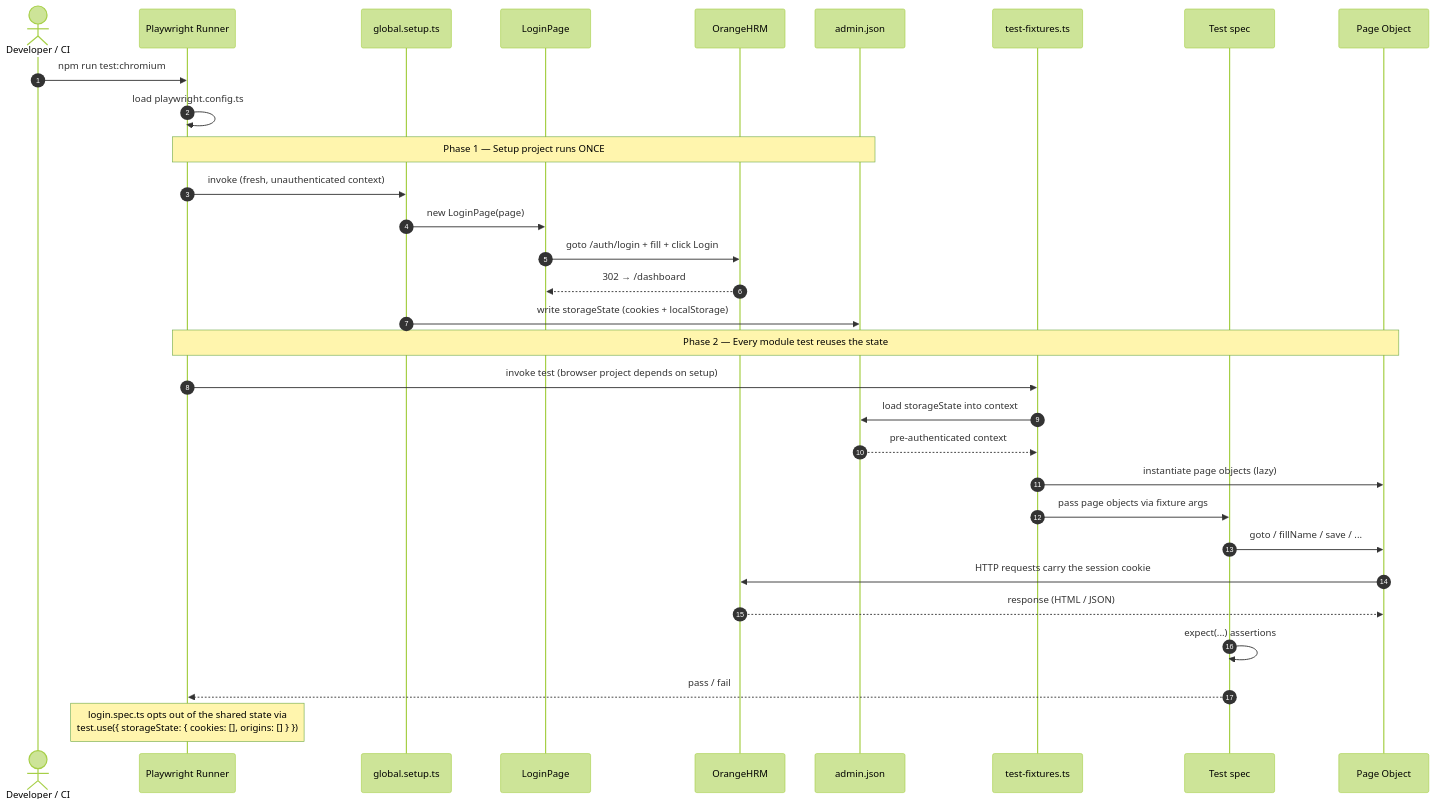
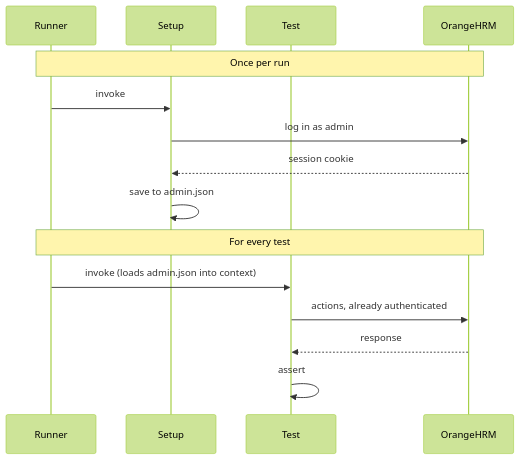
The second of 2 diagrams in README.md (alexfierascu/orangehrmlive), drawn with Mermaid (forest theme) before and after one commit. The commit also changed other lines of this file, not shown here.

Commit message:
update readme diagram

````diff
--- a/README.md
+++ b/README.md
@@ -146,37 +90,19 @@
 ```mermaid
 sequenceDiagram
-    autonumber
-    actor Dev as Developer / CI
-    participant Runner as Playwright Runner
-    participant Setup as global.setup.ts
-    participant LoginPO as LoginPage
+    participant Runner
+    participant Setup
+    participant Test
     participant Demo as OrangeHRM
-    participant State as admin.json
-    participant Fix as test-fixtures.ts
-    participant Test as Test spec
-    participant ModulePO as Page Object
 
-    Dev->>Runner: npm run test:chromium
-    Runner->>Runner: load playwright.config.ts
+    Note over Runner,Demo: Once per run
+    Runner->>Setup: invoke
+    Setup->>Demo: log in as admin
+    Demo-->>Setup: session cookie
+    Setup->>Setup: save to admin.json
 
-    Note over Runner,State: Phase 1 — Setup project runs ONCE
-    Runner->>Setup: invoke (fresh, unauthenticated context)
-    Setup->>LoginPO: new LoginPage(page)
-    LoginPO->>Demo: goto /auth/login + fill + click Login
-    Demo-->>LoginPO: 302 → /dashboard
-    Setup->>State: write storageState (cookies + localStorage)
-
-    Note over Runner,ModulePO: Phase 2 — Every module test reuses the state
-    Runner->>Fix: invoke test (browser project depends on setup)
-    Fix->>State: load storageState into context
-    State-->>Fix: pre-authenticated context
-    Fix->>ModulePO: instantiate page objects (lazy)
-    Fix->>Test: pass page objects via fixture args
-    Test->>ModulePO: goto / fillName / save / ...
-    ModulePO->>Demo: HTTP requests carry the session cookie
-    Demo-->>ModulePO: response (HTML / JSON)
-    Test->>Test: expect(...) assertions
-    Test-->>Runner: pass / fail
-
-    Note over Runner: login.spec.ts opts out of the shared state via<br/>test.use({ storageState: { cookies: [], origins: [] } })
+    Note over Runner,Demo: For every test
+    Runner->>Test: invoke (loads admin.json into context)
+    Test->>Demo: actions, already authenticated
+    Demo-->>Test: response
+    Test->>Test: assert
 ```
````
